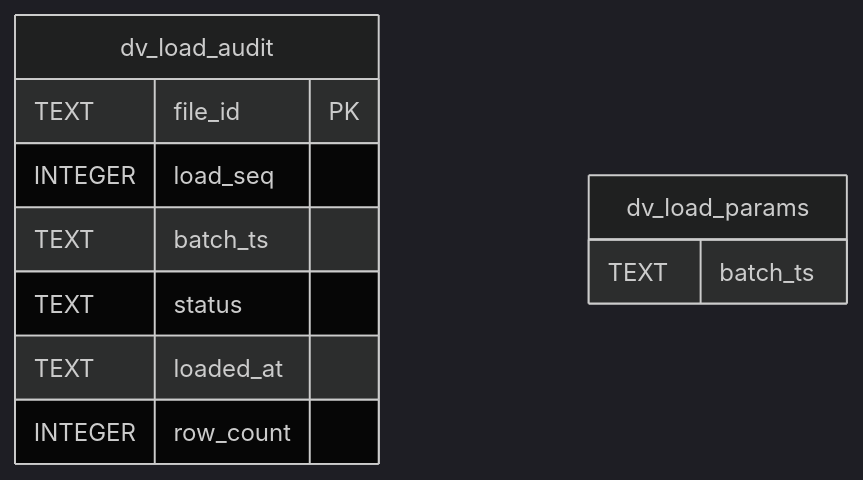
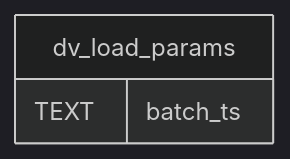
One commit to brianmcmillan/minimum-viable-warehouse changed the second of 4 diagrams in er-diagrams/mermaid/datavault.md. Above: the diagram before and after it, drawn with Mermaid (dark theme). The commit also changed other lines of this file and 14 other files, not shown here.

````diff
--- a/er-diagrams/mermaid/datavault.md
+++ b/er-diagrams/mermaid/datavault.md
@@ -113,14 +113,6 @@
 ```mermaid
 erDiagram
-    dv_load_audit {
-        TEXT file_id PK
-        INTEGER load_seq
-        TEXT batch_ts
-        TEXT status
-        TEXT loaded_at
-        INTEGER row_count
-    }
     dv_load_params {
         TEXT batch_ts
     }
 ```
````
